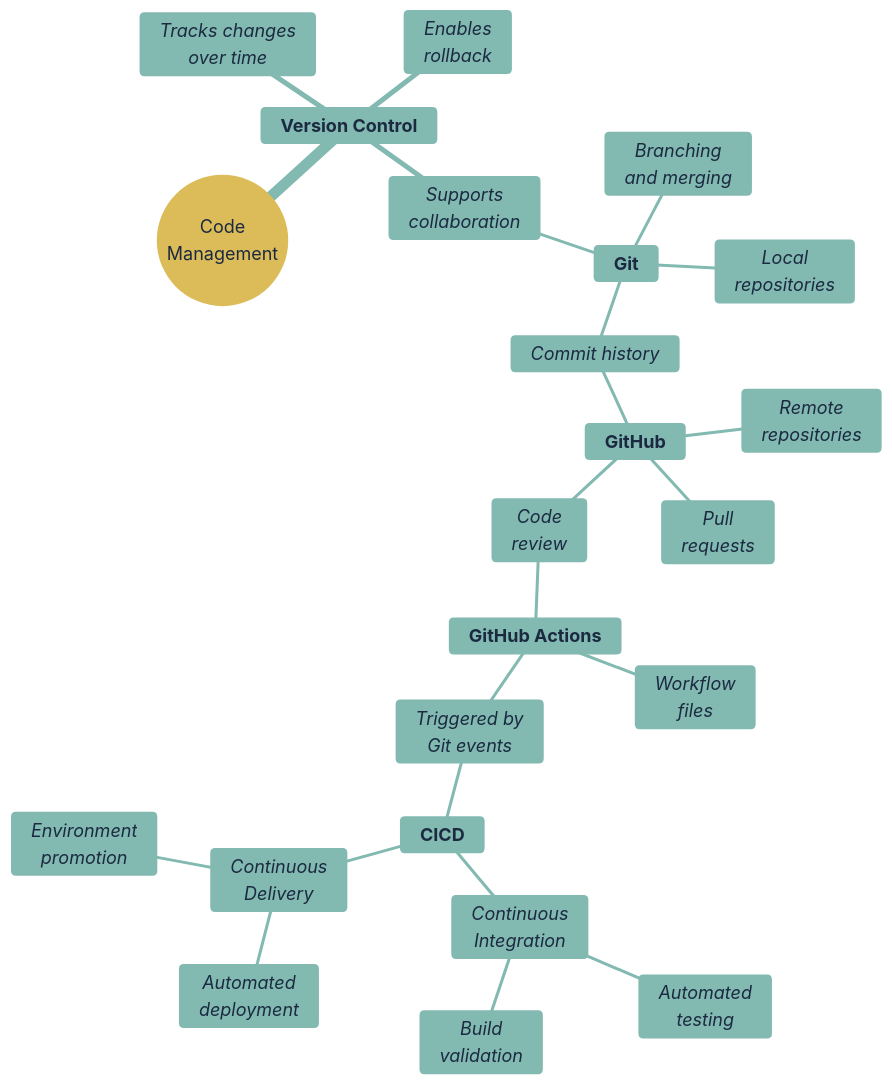
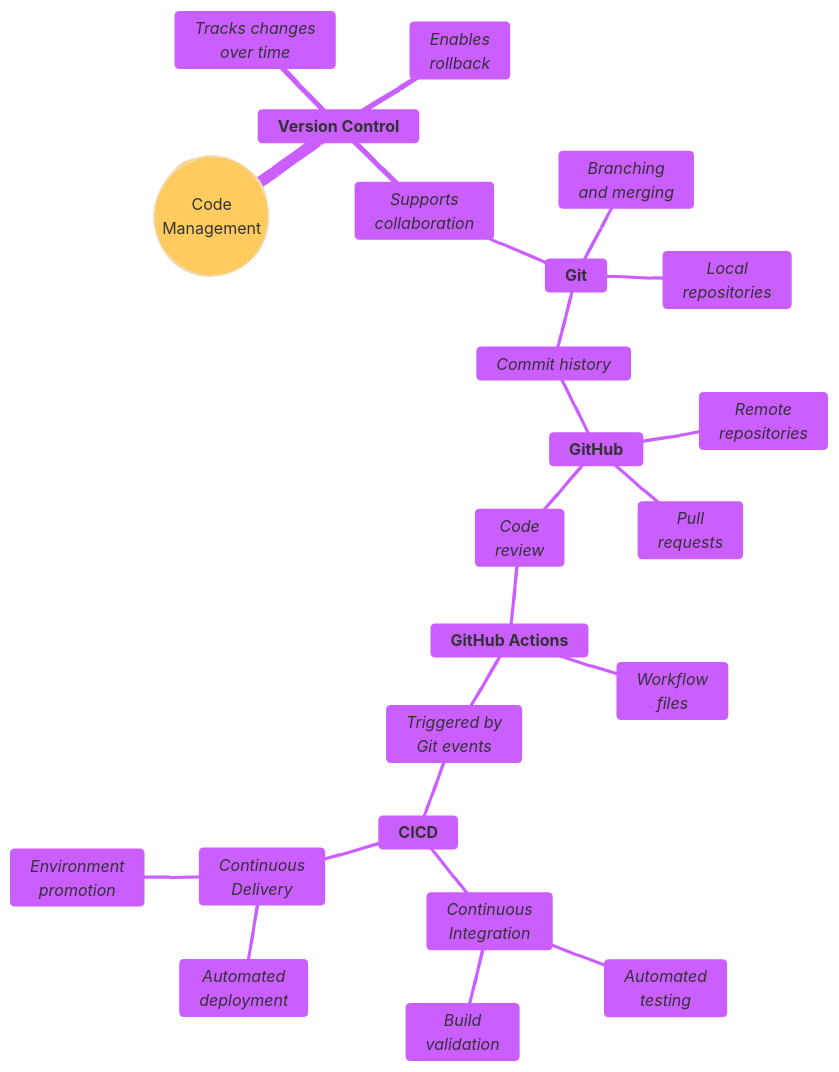
The fourth of 4 diagrams in lab05.qmd (mjfrigaard/do4ds-labs), drawn with Mermaid before and after one commit. The commit also changed other lines of this file and 37 other files, not shown here.

Commit message:
updates to mermaid

````diff
--- a/lab05.qmd
+++ b/lab05.qmd
@@ -217,32 +218,32 @@
 ```{mermaid}
 %%| fig-cap: 'Git, GitHub, CI/CD, Actions, & Version Control'
 %%| fig-width: 7.0
 %%| fig-align: center
-%%{init: {'theme': 'base', 'themeVariables': { 'fontFamily': 'monospace', "fontSize":"18px", 'primaryColor': '#F2E6C2', 'primaryBorderColor': '#2A6F77', 'primaryTextColor': '#1B2A41', 'secondaryColor': '#d4e7e4', 'tertiaryColor': '#f5f0e4', 'lineColor': '#1B2A41', 'edgeLabelBackground': '#F2E6C2'}}}%%
+%%{init: {'theme': 'base', 'look': 'handDrawn', 'themeVariables': {'fontFamily': 'monospace'}}}%%
 
 mindmap
   root((Code<br>Management))
     <strong>Version Control</strong>
       <em>Tracks changes<br>over time</em>
       <em>Enables<br>rollback</em>
       <em>Supports<br>collaboration</em>
         <strong>Git</strong>
           <em>Local<br>repositories</em>
           <em>Branching<br>and merging</em>
           <em>Commit history</em>
             <strong>GitHub</strong>
               <em>Remote<br>repositories</em>
               <em>Pull<br>requests</em>
               <em>Code<br>review</em>
                 <strong>GitHub Actions</strong>
                   <em>Workflow<br>files</em>
                   <em>Triggered by<br>Git events</em>
                     <strong>CICD</strong>
                       <em>Continuous<br>Integration</em>
                         <em>Automated<br>testing</em>
                         <em>Build<br>validation</em>
                       <em>Continuous<br>Delivery</em>
                         <em>Automated<br>deployment</em>
                         <em>Environment<br>promotion</em>
 
 ```
````
